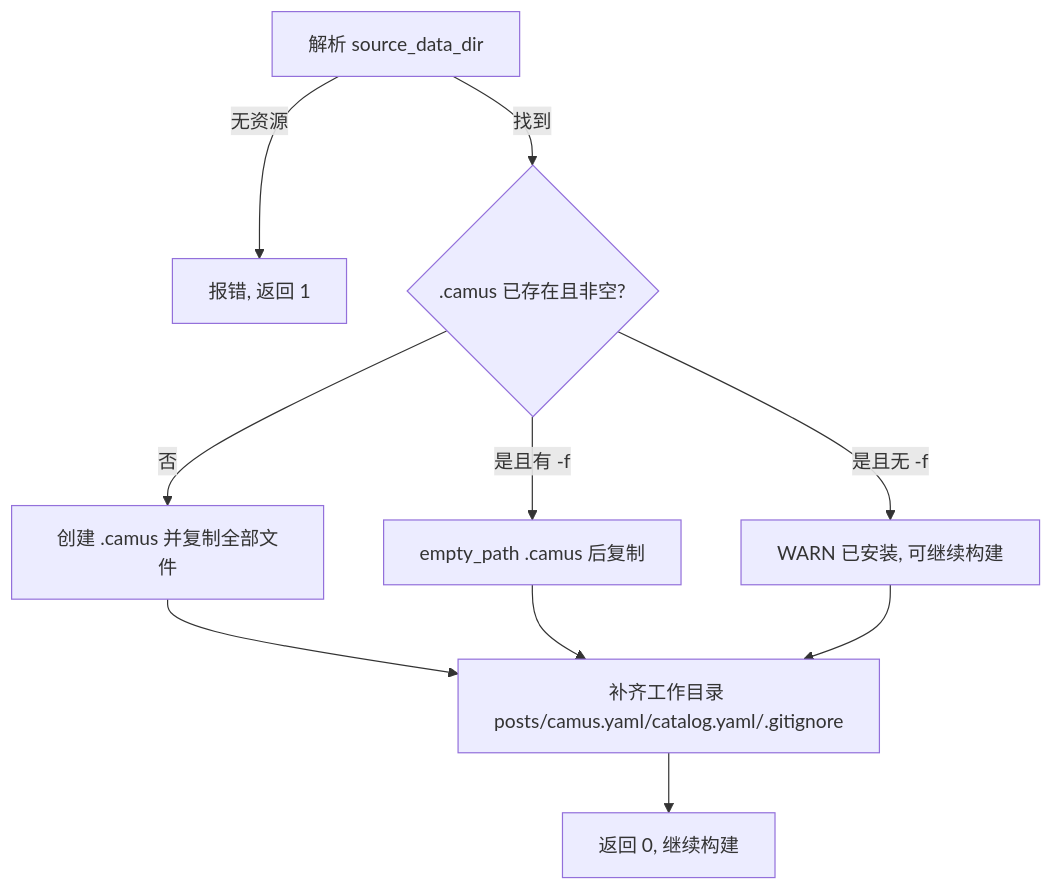
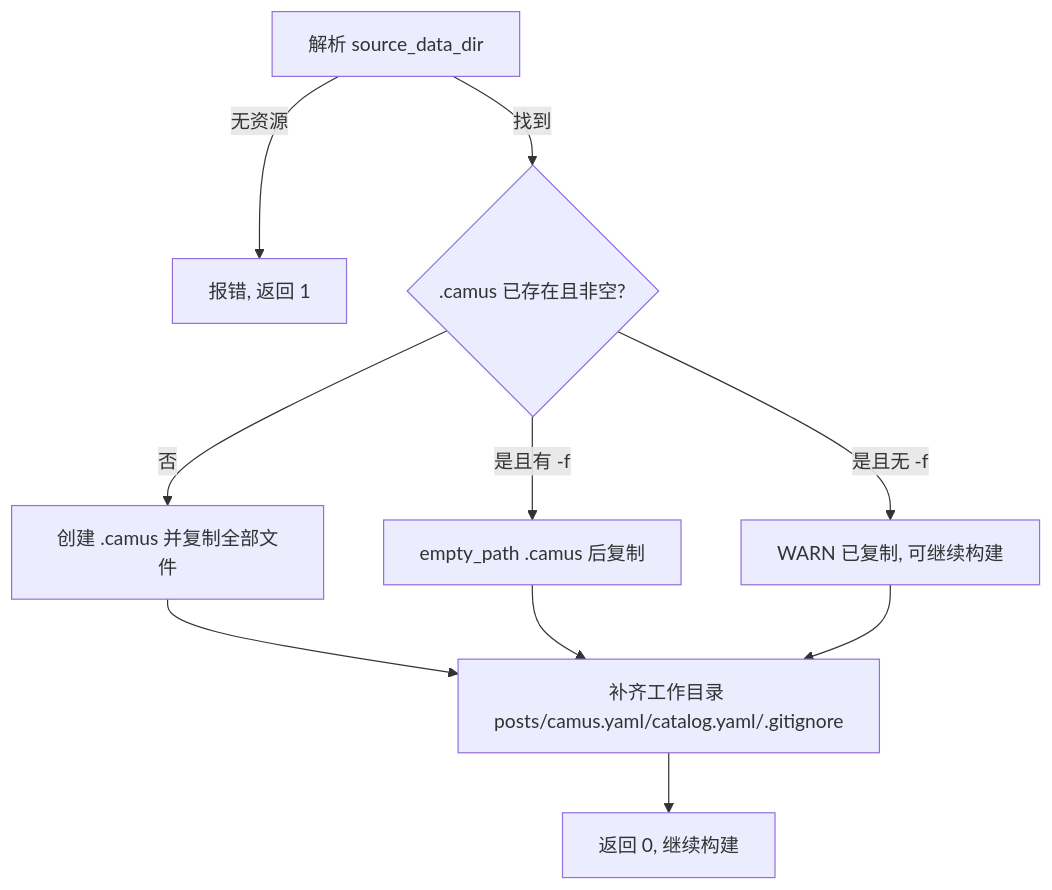
The second of 2 diagrams in docs/prd/08-template-install.md (o8x/camus), drawn with Mermaid before and after one commit. The commit also changed other lines of this file and 31 other files, not shown here.

````diff
--- a/docs/prd/08-template-install.md
+++ b/docs/prd/08-template-install.md
@@ -39,12 +67,12 @@
 ```mermaid
 flowchart TD
     A[解析 source_data_dir] -->|无资源| X[报错, 返回 1]
     A -->|找到| B{.camus 已存在且非空?}
     B -->|否| D[创建 .camus 并复制全部文件]
-    B -->|是且无 -f| W[WARN 已安装, 可继续构建]
+    B -->|是且无 -f| W[WARN 已复制, 可继续构建]
     B -->|是且有 -f| C[empty_path .camus 后复制]
     D --> S[补齐工作目录 posts/camus.yaml/catalog.yaml/.gitignore]
     C --> S
     W --> S
     S --> OK[返回 0, 继续构建]
 ```
````
